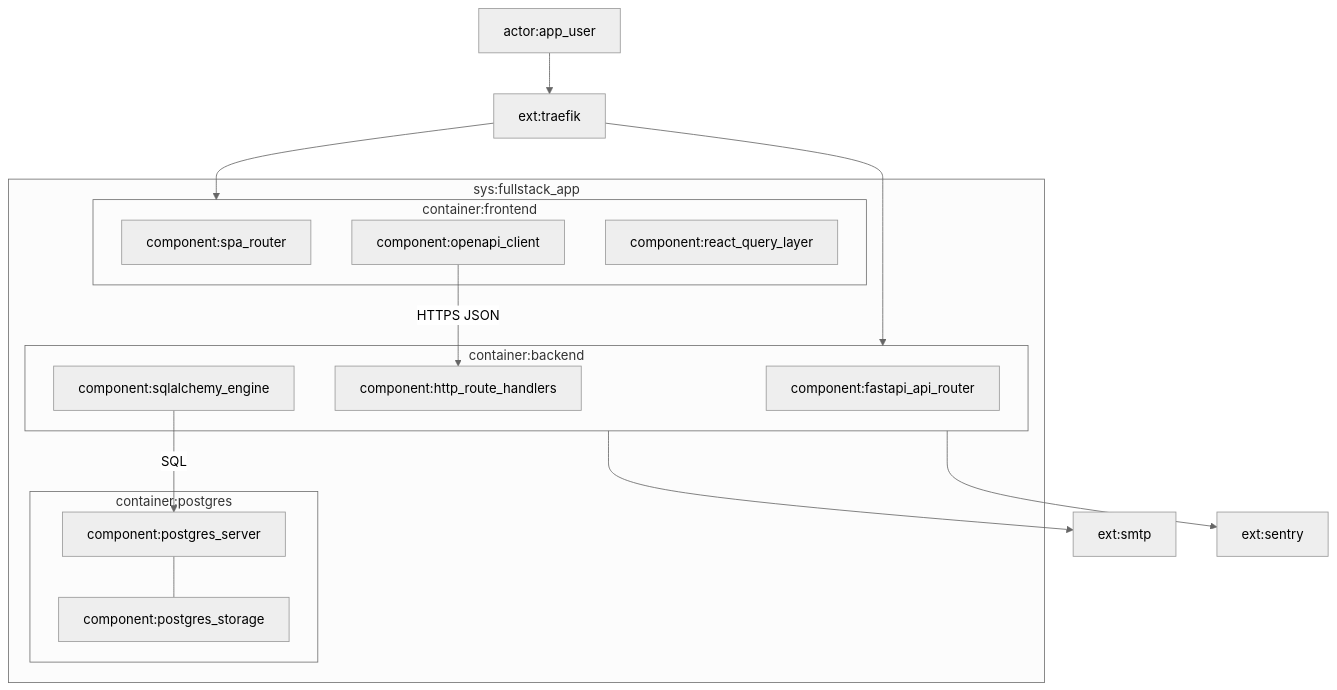
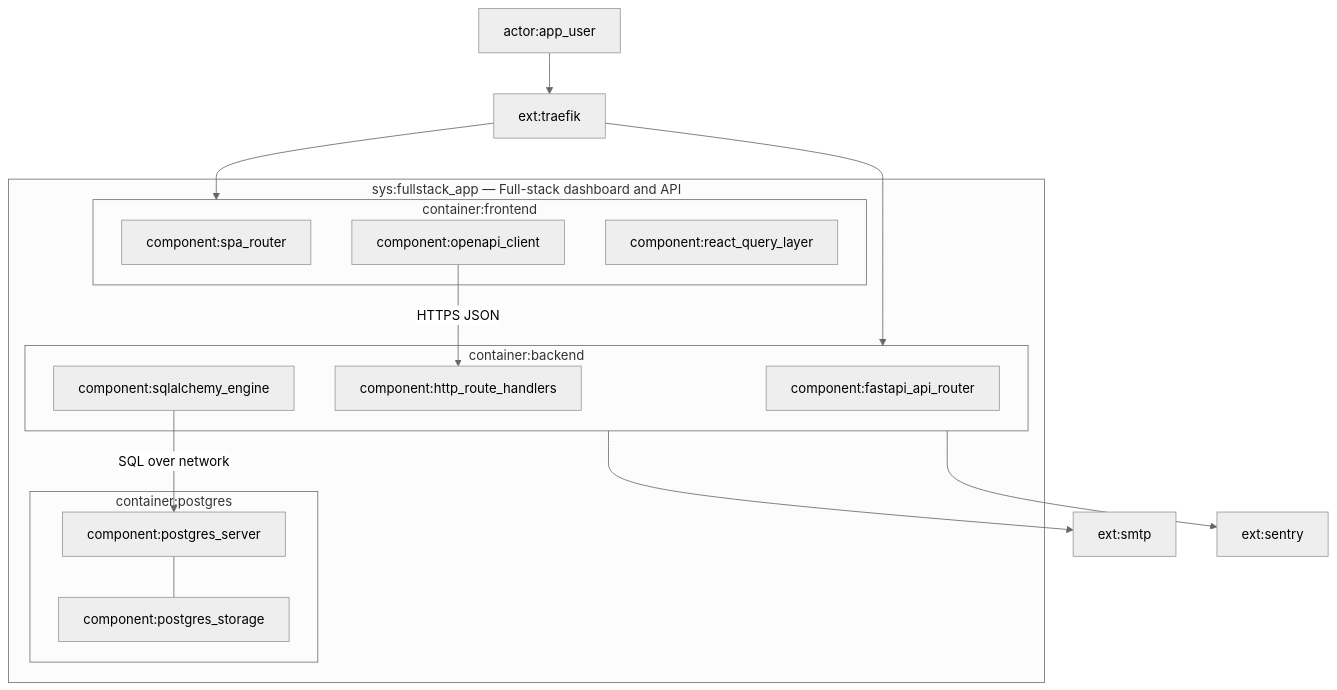
Before and after one commit to Decreen/decreen-arch-diff-demo: the diagram in docs/c4-live.mermaid.md, drawn with Mermaid (neutral theme). The commit also changed 3 other files, not shown here.

Commit message:
feat(c4): pass 4 final mermaid projections and freeze

````diff
--- a/docs/c4-live.mermaid.md
+++ b/docs/c4-live.mermaid.md
@@ -3,31 +3,31 @@
 ```mermaid
 flowchart TB
-  subgraph sys["sys:fullstack_app"]
-    subgraph cf["container:frontend"]
-      c_sp["component:spa_router"]
-      c_oc["component:openapi_client"]
-      c_rq["component:react_query_layer"]
+  subgraph sys_fullstack_app["sys:fullstack_app — Full-stack dashboard and API"]
+    subgraph ctn_frontend["container:frontend"]
+      comp_spa_router["component:spa_router"]
+      comp_openapi_client["component:openapi_client"]
+      comp_react_query["component:react_query_layer"]
     end
-    subgraph cb["container:backend"]
-      c_fr["component:fastapi_api_router"]
-      c_hh["component:http_route_handlers"]
-      c_se["component:sqlalchemy_engine"]
+    subgraph ctn_backend["container:backend"]
+      comp_fastapi_router["component:fastapi_api_router"]
+      comp_http_handlers["component:http_route_handlers"]
+      comp_sqlalchemy["component:sqlalchemy_engine"]
     end
-    subgraph cp["container:postgres"]
-      c_ps["component:postgres_storage"]
-      c_pg["component:postgres_server"]
+    subgraph ctn_postgres["container:postgres"]
+      comp_pg_storage["component:postgres_storage"]
+      comp_pg_server["component:postgres_server"]
     end
   end
   actor_app_user["actor:app_user"]
   ext_traefik["ext:traefik"]
   ext_smtp["ext:smtp"]
   ext_sentry["ext:sentry"]
   actor_app_user --> ext_traefik
-  ext_traefik --> cf
-  ext_traefik --> cb
-  c_oc -->|HTTPS JSON| c_hh
-  c_se -->|SQL| c_pg
-  cb --> ext_smtp
-  cb --> ext_sentry
-  c_pg --- c_ps
+  ext_traefik --> ctn_frontend
+  ext_traefik --> ctn_backend
+  comp_openapi_client -->|HTTPS JSON| comp_http_handlers
+  comp_sqlalchemy -->|SQL over network| comp_pg_server
+  ctn_backend --> ext_smtp
+  ctn_backend --> ext_sentry
+  comp_pg_server --- comp_pg_storage
 ```
````
